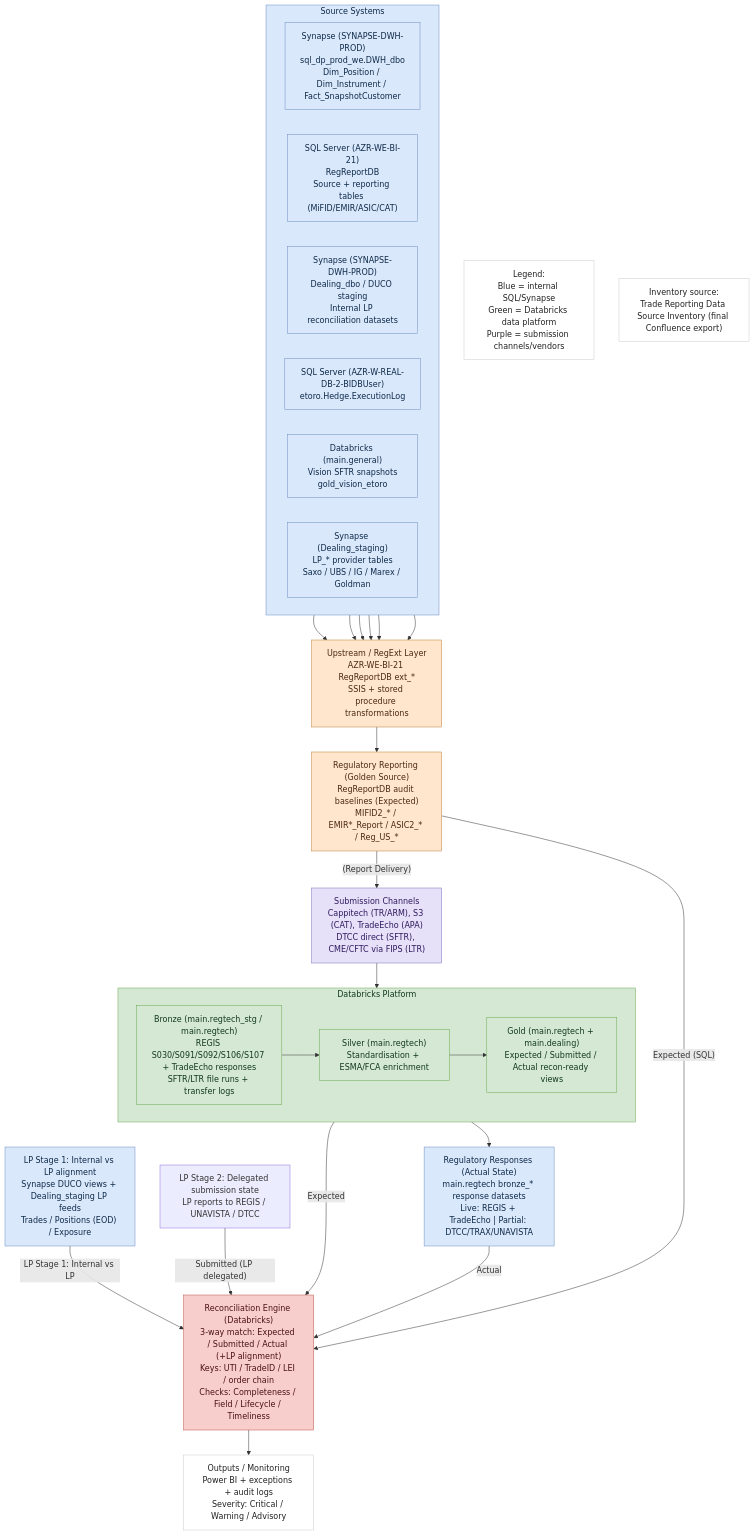
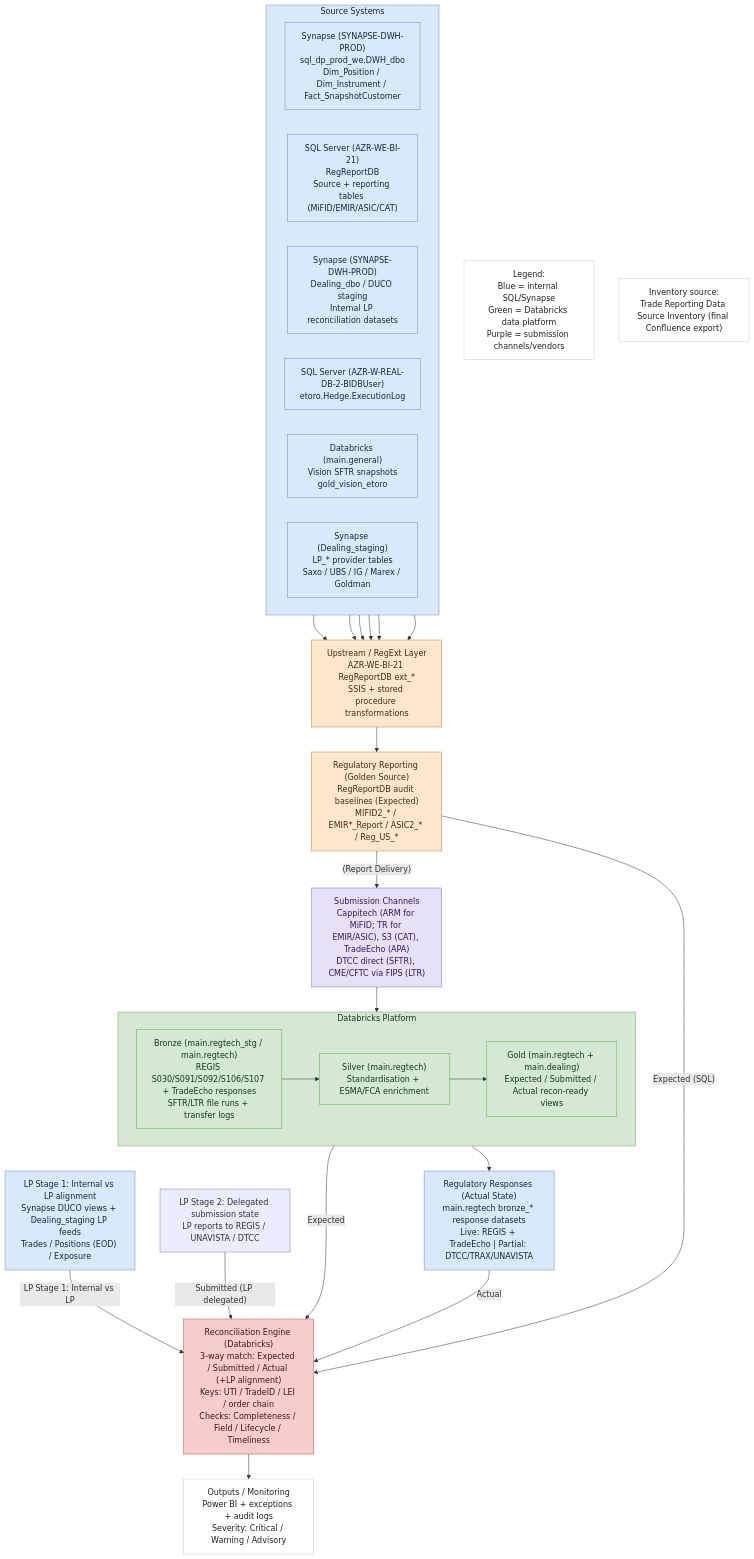
One commit to valentinosko-hub/RegTech changed the diagram in regtech-automation-project/diagrams/trade-recon-architecture-v2-from-xml.md. Above: the diagram before and after it, drawn with Mermaid. The commit also changed 14 other files, not shown here.

Commit message:
Clarify MiFID ARM vs EMIR/ASIC TR taxonomy across diagrams

````diff
--- a/regtech-automation-project/diagrams/trade-recon-architecture-v2-from-xml.md
+++ b/regtech-automation-project/diagrams/trade-recon-architecture-v2-from-xml.md
@@ -3,67 +3,67 @@
 ```mermaid
 flowchart TB
   %% Source systems
   subgraph SW1["Source Systems"]
     direction LR
     S1["Synapse (SYNAPSE-DWH-PROD)<br/>sql_dp_prod_we.DWH_dbo<br/>Dim_Position / Dim_Instrument / Fact_SnapshotCustomer"]
     S2["SQL Server (AZR-WE-BI-21)<br/>RegReportDB<br/>Source + reporting tables (MiFID/EMIR/ASIC/CAT)"]
     S3["Synapse (SYNAPSE-DWH-PROD)<br/>Dealing_dbo / DUCO staging<br/>Internal LP reconciliation datasets"]
     S4["SQL Server (AZR-W-REAL-DB-2-BIDBUser)<br/>etoro.Hedge.ExecutionLog"]
     S5["Databricks (main.general)<br/>Vision SFTR snapshots<br/>gold_vision_etoro"]
     S6["Synapse (Dealing_staging)<br/>LP_* provider tables<br/>Saxo / UBS / IG / Marex / Goldman"]
   end
 
   REGEXT["Upstream / RegExt Layer<br/>AZR-WE-BI-21 RegReportDB ext_*<br/>SSIS + stored procedure transformations"]
   REPORT["Regulatory Reporting (Golden Source)<br/>RegReportDB audit baselines (Expected)<br/>MIFID2_* / EMIR*_Report / ASIC2_* / Reg_US_*"]
-  SUB["Submission Channels<br/>Cappitech (TR/ARM), S3 (CAT), TradeEcho (APA)<br/>DTCC direct (SFTR), CME/CFTC via FIPS (LTR)"]
+  SUB["Submission Channels<br/>Cappitech (ARM for MiFID; TR for EMIR/ASIC), S3 (CAT), TradeEcho (APA)<br/>DTCC direct (SFTR), CME/CFTC via FIPS (LTR)"]
 
   %% Databricks platform
   subgraph DB["Databricks Platform"]
     direction LR
     BRONZE["Bronze (main.regtech_stg / main.regtech)<br/>REGIS S030/S091/S092/S106/S107 + TradeEcho responses<br/>SFTR/LTR file runs + transfer logs"]
     SILVER["Silver (main.regtech)<br/>Standardisation + ESMA/FCA enrichment"]
     GOLD["Gold (main.regtech + main.dealing)<br/>Expected / Submitted / Actual recon-ready views"]
   end
 
   LP["LP Stage 1: Internal vs LP alignment<br/>Synapse DUCO views + Dealing_staging LP feeds<br/>Trades / Positions (EOD) / Exposure"]
   LPSUB["LP Stage 2: Delegated submission state<br/>LP reports to REGIS / UNAVISTA / DTCC"]
   TR["Regulatory Responses (Actual State)<br/>main.regtech bronze_* response datasets<br/>Live: REGIS + TradeEcho | Partial: DTCC/TRAX/UNAVISTA"]
   RECON["Reconciliation Engine (Databricks)<br/>3-way match: Expected / Submitted / Actual (+LP alignment)<br/>Keys: UTI / TradeID / LEI / order chain<br/>Checks: Completeness / Field / Lifecycle / Timeliness"]
   OUT["Outputs / Monitoring<br/>Power BI + exceptions + audit logs<br/>Severity: Critical / Warning / Advisory"]
 
   LEGEND["Legend:<br/>Blue = internal SQL/Synapse<br/>Green = Databricks data platform<br/>Purple = submission channels/vendors"]
   NOTE["Inventory source:<br/>Trade Reporting Data Source Inventory (final Confluence export)"]
 
   %% Edges translated from XML
   S1 --> REGEXT
   S2 --> REGEXT
   S3 --> REGEXT
   S4 --> REGEXT
   S5 --> REGEXT
   S6 --> REGEXT
   REGEXT --> REPORT
   REPORT -- "(Report Delivery)" --> SUB
   SUB --> BRONZE
   BRONZE --> SILVER --> GOLD
   GOLD -- "Expected" --> RECON
   LP -- "LP Stage 1: Internal vs LP" --> RECON
   LPSUB -- "Submitted (LP delegated)" --> RECON
   TR -- "Actual" --> RECON
   RECON --> OUT
   REPORT -- "Expected (SQL)" --> RECON
   GOLD --> TR
 
   classDef internal fill:#dae8fc,stroke:#6c8ebf,color:#0e2a47;
   classDef sql fill:#ffe6cc,stroke:#bf7f3f,color:#4a2a12;
   classDef vendor fill:#e6e0f8,stroke:#7f70bf,color:#2f1a5f;
   classDef dbx fill:#d5e8d4,stroke:#6aa84f,color:#12391f;
   classDef recon fill:#f8cecc,stroke:#b8544a,color:#4a1212;
   classDef neutral fill:#ffffff,stroke:#cccccc,color:#222;
 
   class SW1,S1,S2,S3,S4,S5,S6,LP,TR internal;
   class REGEXT,REPORT sql;
   class SUB vendor;
   class DB,BRONZE,SILVER,GOLD dbx;
   class RECON recon;
   class OUT,LEGEND,NOTE neutral;
 ```
````
